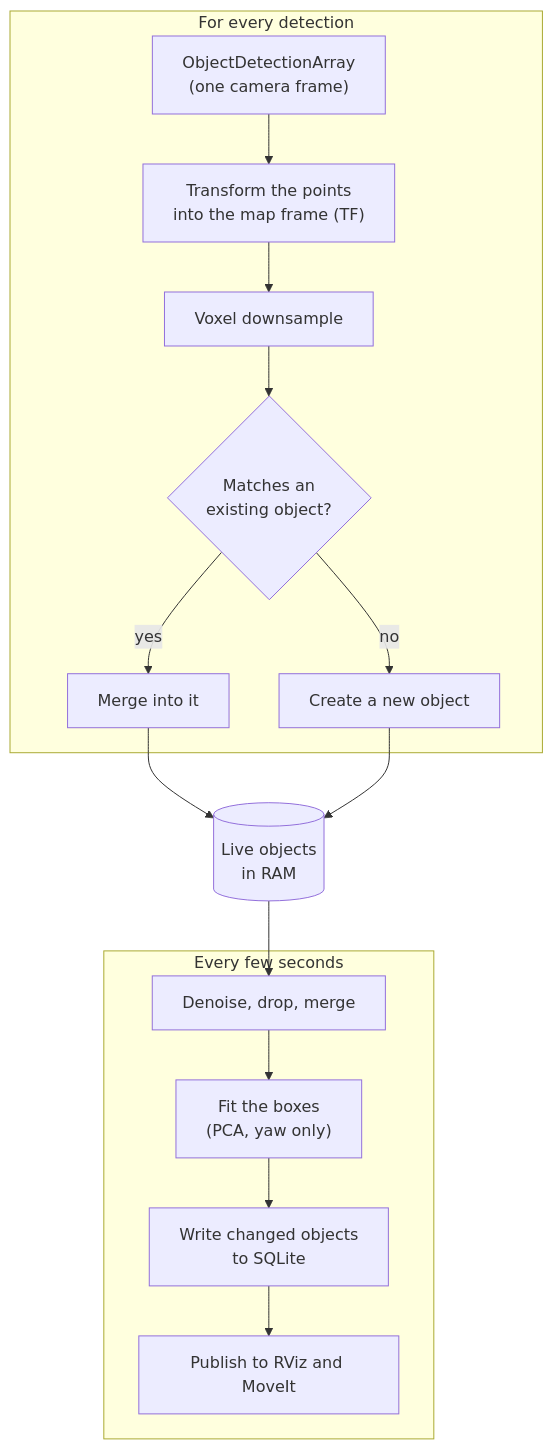
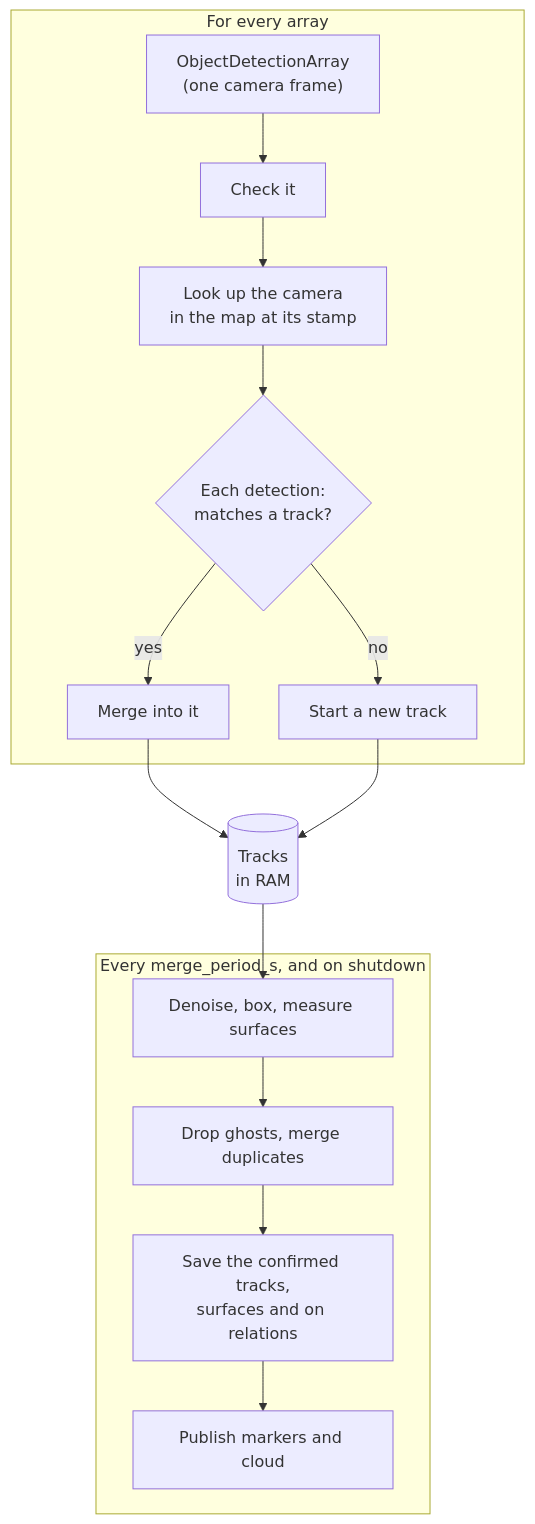
The diagram in docs/architecture/object-memory.md (EIC-Robocup-2026/walkie-database), drawn with Mermaid before and after one commit. The commit also changed other lines of this file and 8 other files, not shown here.

````diff
--- a/docs/architecture/object-memory.md
+++ b/docs/architecture/object-memory.md
@@ -38,23 +42,23 @@
 ```mermaid
 flowchart TB
-  subgraph each["For every detection"]
+  subgraph each["For every array"]
     det["ObjectDetectionArray<br/>(one camera frame)"]
-    tf["Transform the points<br/>into the map frame (TF)"]
-    down["Voxel downsample"]
-    assoc{"Matches an<br/>existing object?"}
+    check["Check it"]
+    tf["Look up the camera<br/>in the map at its stamp"]
+    assoc{"Each detection:<br/>matches a track?"}
     merge["Merge into it"]
-    new["Create a new object"]
+    new["Start a new track"]
   end
-  mem[("Live objects<br/>in RAM")]
-  subgraph timer["Every few seconds"]
-    clean["Denoise, drop, merge"]
-    box["Fit the boxes<br/>(PCA, yaw only)"]
-    write["Write changed objects<br/>to SQLite"]
-    pub["Publish to RViz and MoveIt"]
+  mem[("Tracks<br/>in RAM")]
+  subgraph timer["Every merge_period_s, and on shutdown"]
+    clean["Denoise, box, measure surfaces"]
+    drop["Drop ghosts, merge duplicates"]
+    write["Save the confirmed tracks,<br/>surfaces and on relations"]
+    pub["Publish markers and cloud"]
   end
 
-  det --> tf --> down --> assoc
+  det --> check --> tf --> assoc
   assoc -- yes --> merge --> mem
   assoc -- no --> new --> mem
-  mem --> clean --> box --> write --> pub
+  mem --> clean --> drop --> write --> pub
 ```
````
